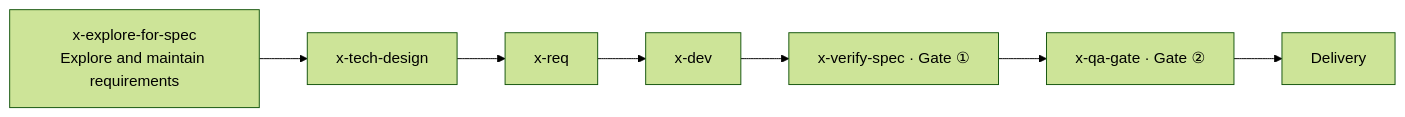
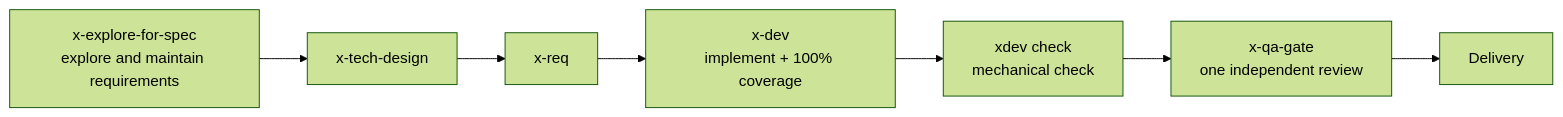
The diagram in README.md (KtKID/x-dev-pipeline), drawn with Mermaid (forest theme) before and after one commit. The commit also changed other lines of this file and 100 other files, not shown here.

````diff
--- a/README.md
+++ b/README.md
@@ -26,9 +25,9 @@
 ```mermaid
 flowchart LR
-    A["x-explore-for-spec<br/>Explore and maintain requirements"] --> B["x-tech-design"]
+    A["x-explore-for-spec<br/>explore and maintain requirements"] --> B["x-tech-design"]
     B --> C["x-req"]
-    C --> D["x-dev"]
-    D --> E["x-verify-spec · Gate ①"]
-    E --> F["x-qa-gate · Gate ②"]
+    C --> D["x-dev<br/>implement + 100% coverage"]
+    D --> E["xdev check<br/>mechanical check"]
+    E --> F["x-qa-gate<br/>one independent review"]
     F --> G["Delivery"]
 ```
````
